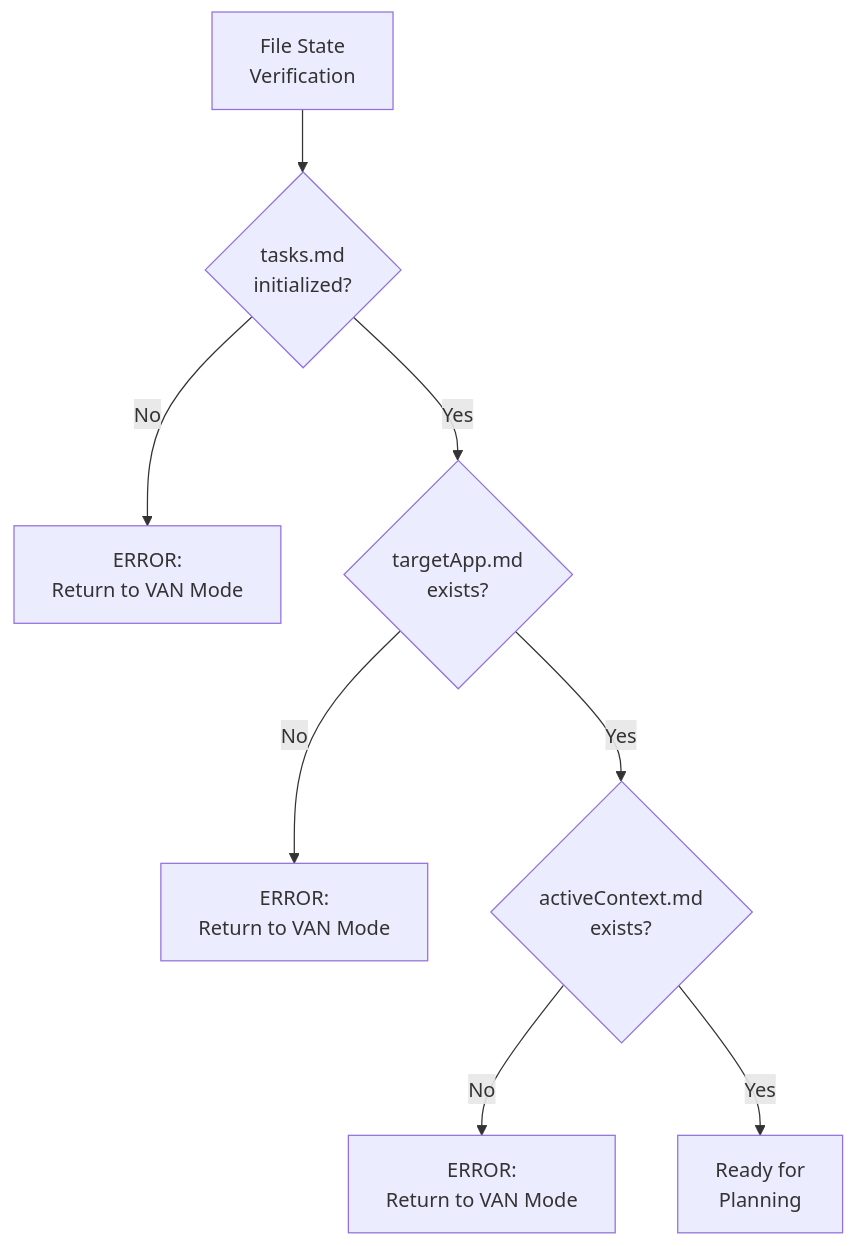
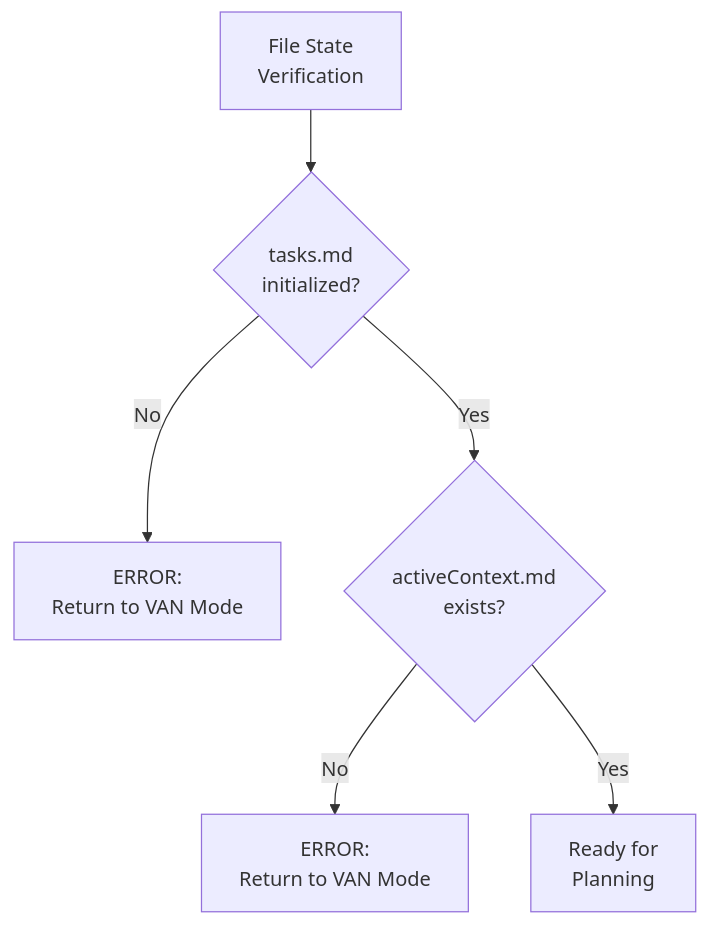
One commit to taddyorg/inkverse changed the fourth of 5 diagrams in .cursor/rules/isolation_rules/visual-maps/plan-mode-map.mdc. Above: the diagram before and after it, drawn with Mermaid. The commit also changed other lines of this file and 19 other files, not shown here.

````diff
--- a/.cursor/rules/isolation_rules/visual-maps/plan-mode-map.mdc
+++ b/.cursor/rules/isolation_rules/visual-maps/plan-mode-map.mdc
@@ -164,13 +142,10 @@
 ```mermaid
 graph TD
     Start["File State<br>Verification"] --> CheckTasks{"tasks.md<br>initialized?"}
     
     CheckTasks -->|"No"| ErrorTasks["ERROR:<br>Return to VAN Mode"]
-    CheckTasks -->|"Yes"| CheckTarget{"targetApp.md<br>exists?"}
-    
-    CheckTarget -->|"No"| ErrorTarget["ERROR:<br>Return to VAN Mode"]
-    CheckTarget -->|"Yes"| CheckActive{"activeContext.md<br>exists?"}
+    CheckTasks -->|"Yes"| CheckActive{"activeContext.md<br>exists?"}
     
     CheckActive -->|"No"| ErrorActive["ERROR:<br>Return to VAN Mode"]
     CheckActive -->|"Yes"| ReadyPlan["Ready for<br>Planning"]
 ```
````
